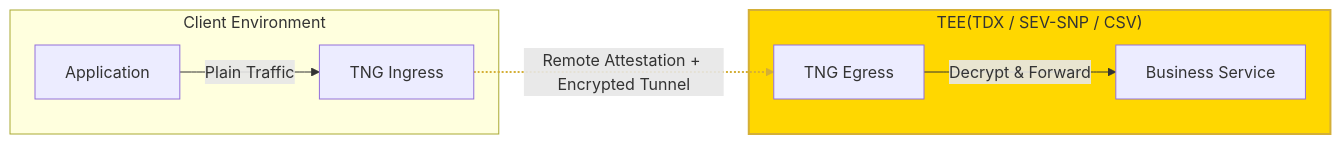
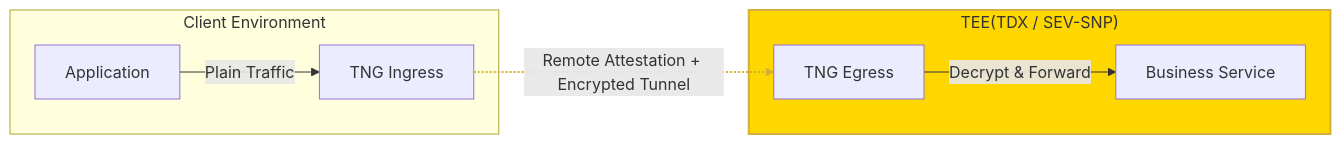
One commit to cohere-ai/TNG changed the diagram in README.md. Above: the diagram before and after it, drawn with Mermaid. The commit also changed other lines of this file and 50 other files, not shown here.

````diff
--- a/README.md
+++ b/README.md
@@ -19,19 +21,19 @@
 ```mermaid
 graph LR
     subgraph ClientEnv [Client Environment]
         App[Application]
         TNG_In[TNG Ingress]
     end
 
-    subgraph TrustedEnv ["TEE(TDX / SEV-SNP / CSV)"]
+    subgraph TrustedEnv ["TEE(TDX / SEV-SNP)"]
         TNG_Eg[TNG Egress]
         Service[Business Service]
     end
 
     App -- Plain Traffic --> TNG_In
     TNG_In -. Remote Attestation + Encrypted Tunnel .-> TNG_Eg
     TNG_Eg -- Decrypt & Forward --> Service
 
     style TrustedEnv fill:#ffd700,stroke:#d4af37,stroke-width:2px
     linkStyle 1 stroke:#d4af37,stroke-width:2px
 ```
````
